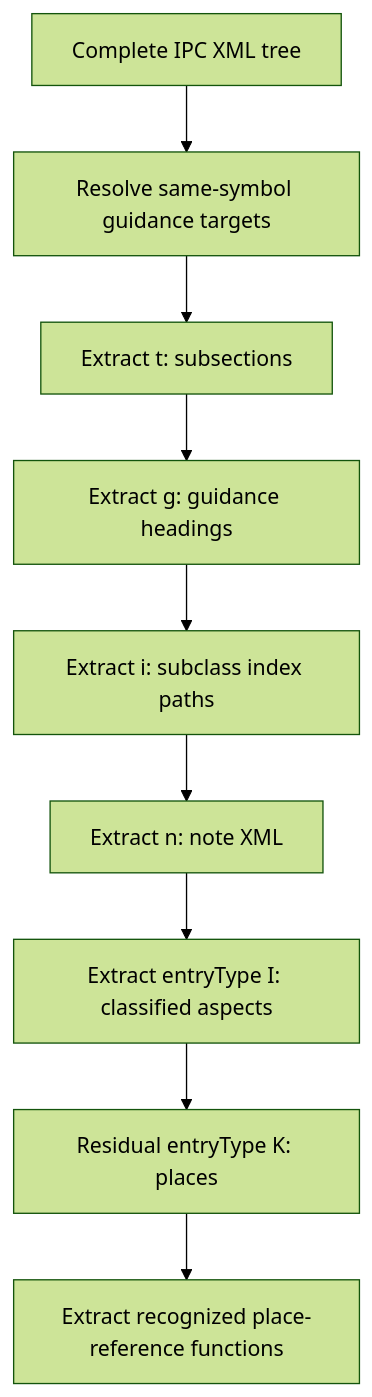
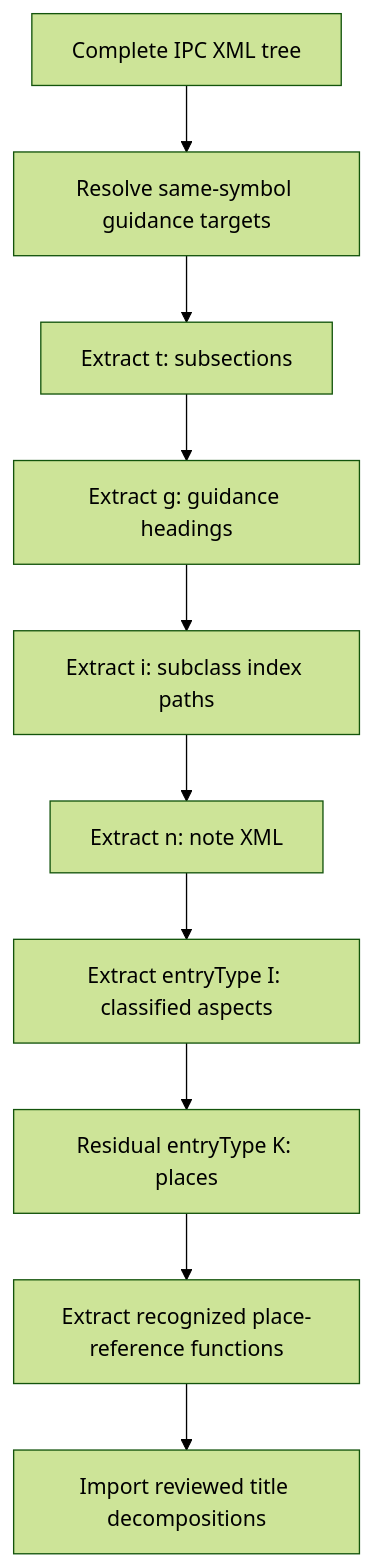
Before and after one commit to pchemguy/Field-Notes: the diagram in 12-ipc-scheme-xml-parsing/README.md, drawn with Mermaid (forest theme). The commit also changed other lines of this file, not shown here.

````diff
--- a/12-ipc-scheme-xml-parsing/README.md
+++ b/12-ipc-scheme-xml-parsing/README.md
@@ -269,11 +254,12 @@
 ```mermaid
 flowchart TD
     A["Complete IPC XML tree"] --> B["Resolve same-symbol guidance targets"]
     B --> C["Extract t: subsections"]
     C --> D["Extract g: guidance headings"]
     D --> E["Extract i: subclass index paths"]
     E --> F["Extract n: note XML"]
     F --> G["Extract entryType I: classified aspects"]
     G --> H["Residual entryType K: places"]
     H --> I["Extract recognized place-reference functions"]
+    I --> J["Import reviewed title decompositions"]
 ```
````
